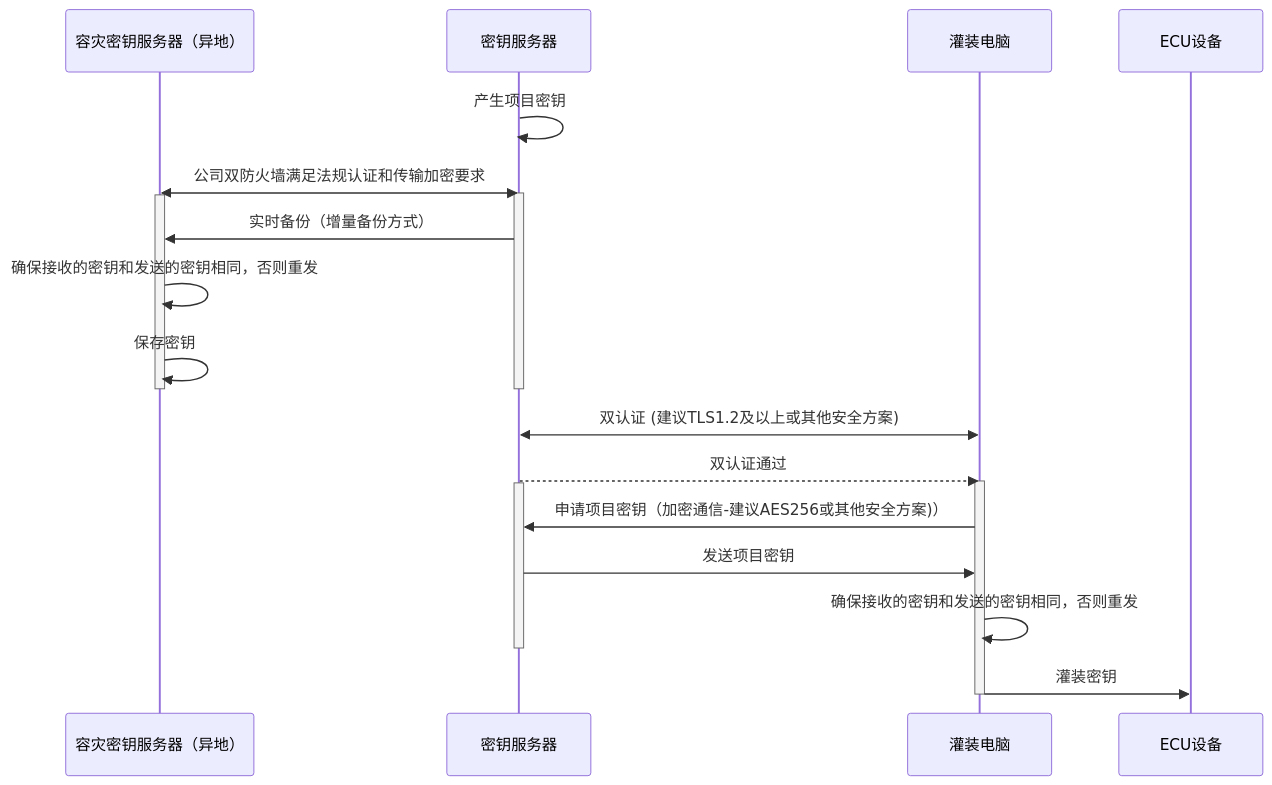
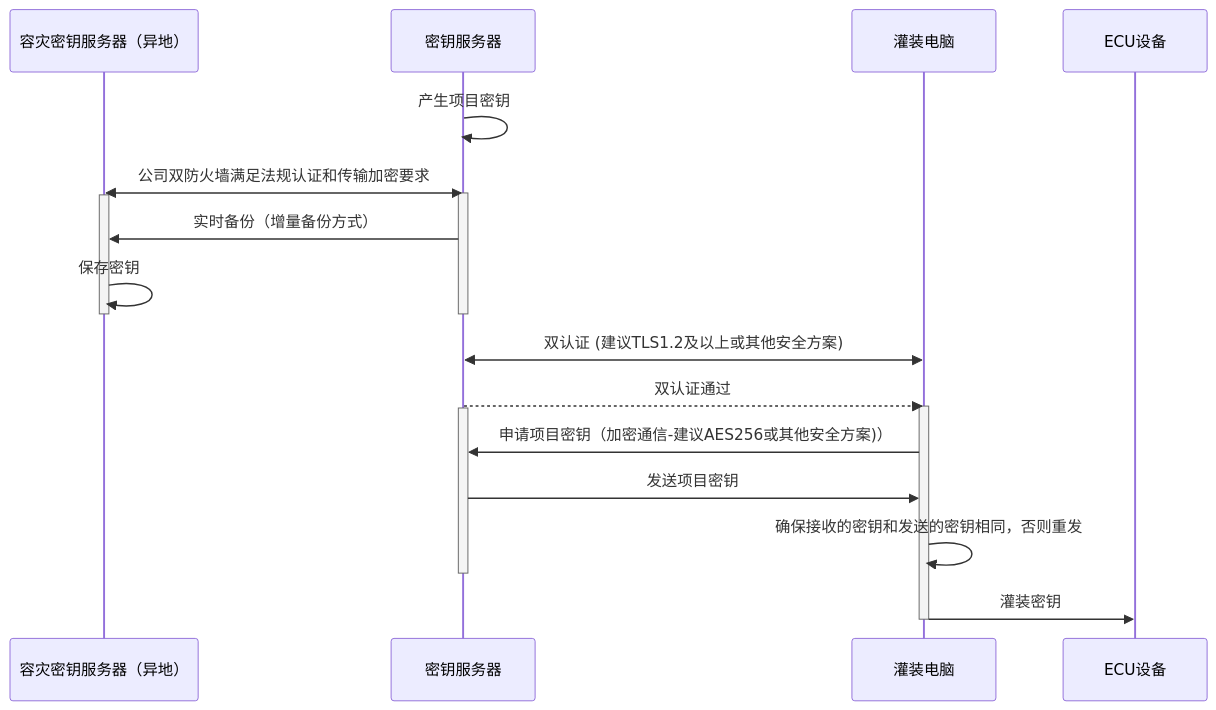
Before and after one commit to facebook-cloud/iodraw-files: the diagram in all/未命名-15.md, drawn with Mermaid.

Commit message:
2026-02-07 09:50:41 update

````diff
--- a/all/未命名-15.md
+++ b/all/未命名-15.md
@@ -1,31 +1,30 @@
 ```mermaid
 sequenceDiagram
     participant B as 容灾密钥服务器（异地）
     participant A as 密钥服务器
     participant C as 灌装电脑
     participant D as ECU设备
 
     A->>A: 产生项目密钥
     A<<->>B: 公司双防火墙满足法规认证和传输加密要求
     activate A
     activate B
     A->>B: 实时备份（增量备份方式）
 
-    B->>B: 确保接收的密钥和发送的密钥相同，否则重发
     B->>B: 保存密钥
     deactivate B
     deactivate A
 
     C<<->>A: 双认证 (建议TLS1.2及以上或其他安全方案)
     A-->>C: 双认证通过
     activate C
     activate A
     C->>A: 申请项目密钥（加密通信-建议AES256或其他安全方案)）
     A->>C: 发送项目密钥
 
     C->>C: 确保接收的密钥和发送的密钥相同，否则重发
     deactivate A
     C->>D: 灌装密钥
     deactivate C
 
 ```
````
